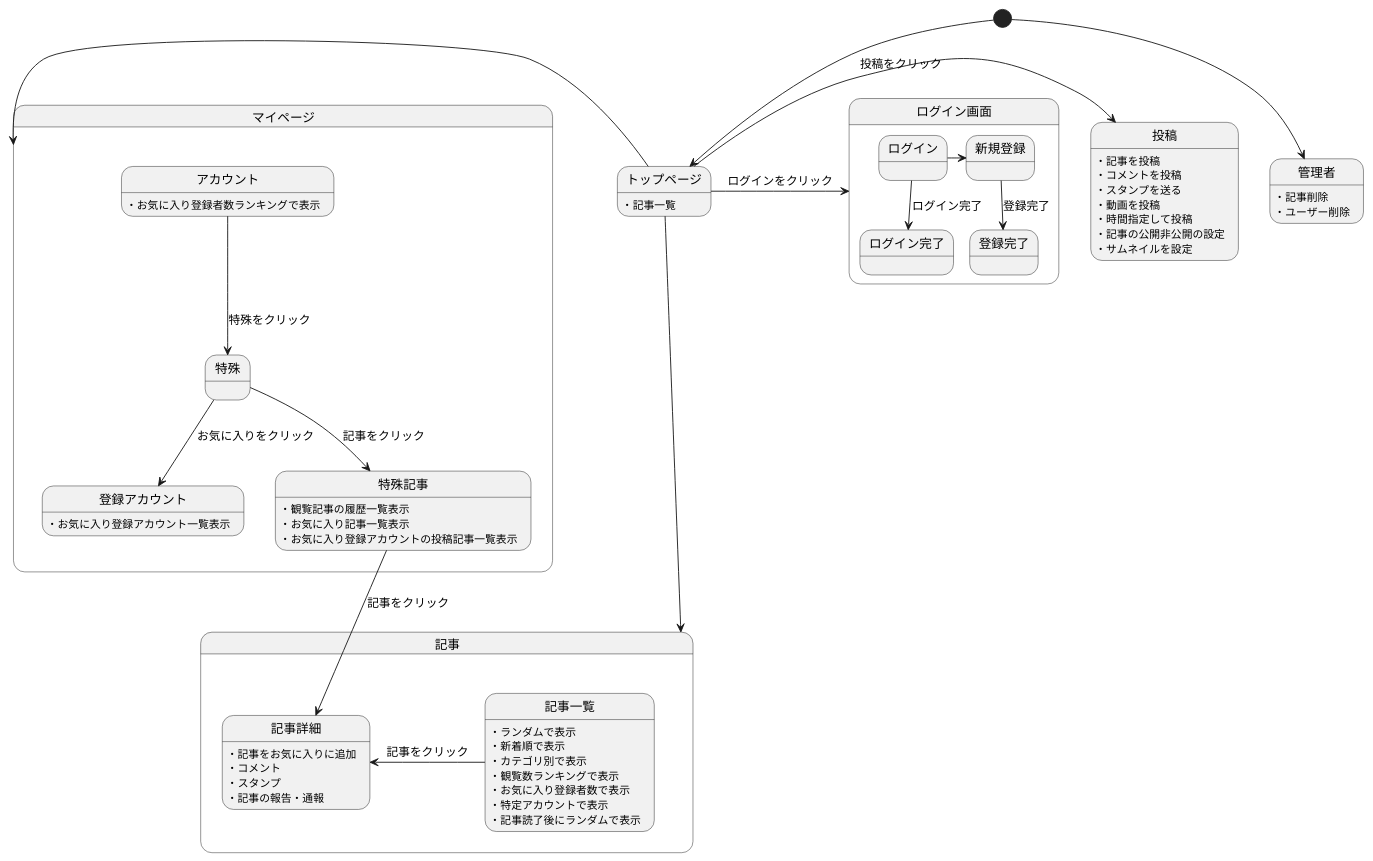
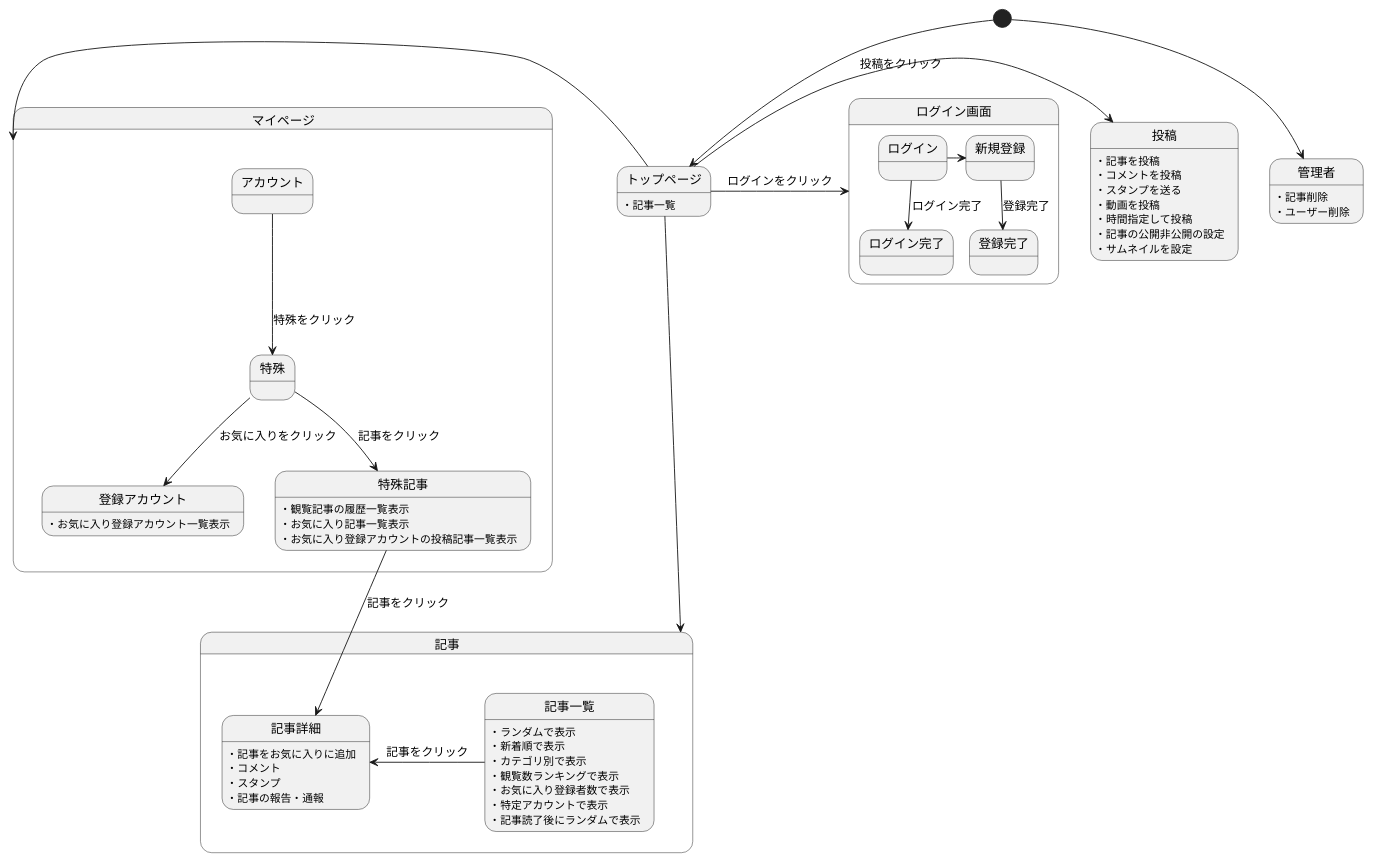
The diagram in 後期画面遷移.md (Aso2001001/2022System), drawn with PlantUML before and after one commit.

````diff
--- a/後期画面遷移.md
+++ b/後期画面遷移.md
@@ -1,71 +1,71 @@
 ```uml
 @startuml
 [*] --> トップページ
 
 
 トップページ -down-> 記事
 トップページ -left-> マイページ
 トップページ -> 投稿 : 投稿をクリック
 トップページ:・記事一覧
 投稿:・記事を投稿
 投稿:・コメントを投稿
 投稿:・スタンプを送る
 投稿:・動画を投稿
 投稿:・時間指定して投稿
 投稿:・記事の公開非公開の設定
 投稿:・サムネイルを設定
 
 トップページ -> ログイン画面 : ログインをクリック
 
 
 state ログイン画面{
 ログイン -> 新規登録
 ログイン -down-> ログイン完了 : ログイン完了
 新規登録 -down-> 登録完了 : 登録完了
 }
 
 
 state 記事{
 記事一覧 -left-> 記事詳細 : 記事をクリック
 
 
 記事一覧:・ランダムで表示
 記事一覧:・新着順で表示
 記事一覧:・カテゴリ別で表示
 記事一覧:・観覧数ランキングで表示
 記事一覧:・お気に入り登録者数で表示
 記事一覧:・特定アカウントで表示
 記事一覧:・記事読了後にランダムで表示
 
 記事詳細:・記事をお気に入りに追加
 記事詳細:・コメント
 記事詳細:・スタンプ
 記事詳細:・記事の報告・通報
 
 
 }
 
 state マイページ{
 
 アカウント -down-> 特殊 : 特殊をクリック
 特殊 -down-> 登録アカウント :お気に入りをクリック
 特殊 -down-> 特殊記事 :記事をクリック
 特殊記事 -down-> 記事詳細 :記事をクリック
 
-アカウント:・お気に入り登録者数ランキングで表示
+
 
 特殊記事:・観覧記事の履歴一覧表示
 特殊記事:・お気に入り記事一覧表示
 登録アカウント:・お気に入り登録アカウント一覧表示
 特殊記事:・お気に入り登録アカウントの投稿記事一覧表示
 
 }
 
 
 [*] --> 管理者
 管理者:・記事削除
 管理者:・ユーザー削除
 
 
 @enduml
 ```
````
